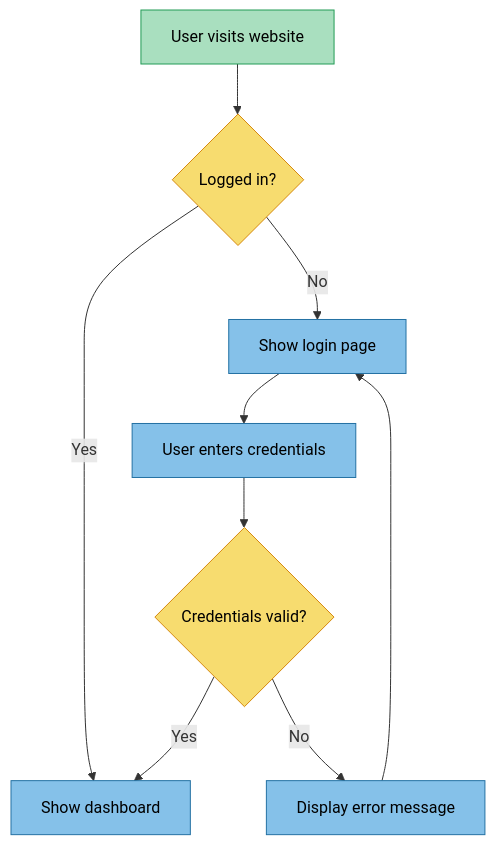
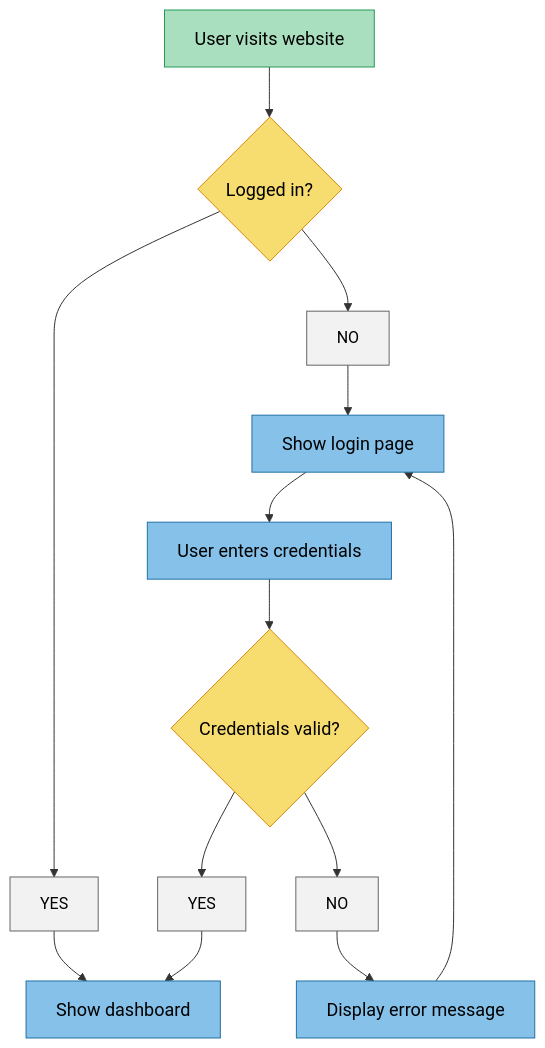
Before and after one commit to CCN-Support/CCN_Wiki: the diagram in docs/source/links-and-forms.rst, drawn with Mermaid.

```diff
--- a/docs/source/links-and-forms.rst
+++ b/docs/source/links-and-forms.rst
@@ -253,20 +253,30 @@
 .. mermaid::
    :caption: Figure 1. User authentication workflow
 
    flowchart TD
        A[User visits website] --> B{Logged in?}
-       B -->| Yes | C[Show dashboard]
-       B -->| No | D[Show login page]
+       B --> Y1[YES]
+       B --> N1[NO]
+
+       Y1 --> C[Show dashboard]
+       N1 --> D[Show login page]
+
        D --> E[User enters credentials]
        E --> F{Credentials valid?}
-       F -->| Yes | C
-       F -->| No | G[Display error message]
+
+       F --> Y2[YES]
+       F --> N2[NO]
+
+       Y2 --> C
+       N2 --> G[Display error message]
        G --> D
 
-       classDef start fill:#a9dfbf,stroke:#239b56,color:#000;
-       classDef decision fill:#f7dc6f,stroke:#d68910,color:#000;
-       classDef action fill:#85c1e9,stroke:#2471a3,color:#000;
+       classDef start fill:#a9dfbf,stroke:#239b56,color:#000,font-size:18px;
+       classDef decision fill:#f7dc6f,stroke:#d68910,color:#000,font-size:18px;
+       classDef action fill:#85c1e9,stroke:#2471a3,color:#000,font-size:18px;
+       classDef choice fill:#f2f2f2,stroke:#666,color:#000,font-size:16px;
 
        class A start;
        class B,F decision;
        class C,D,E,G action;
+       class Y1,N1,Y2,N2 choice;
```
